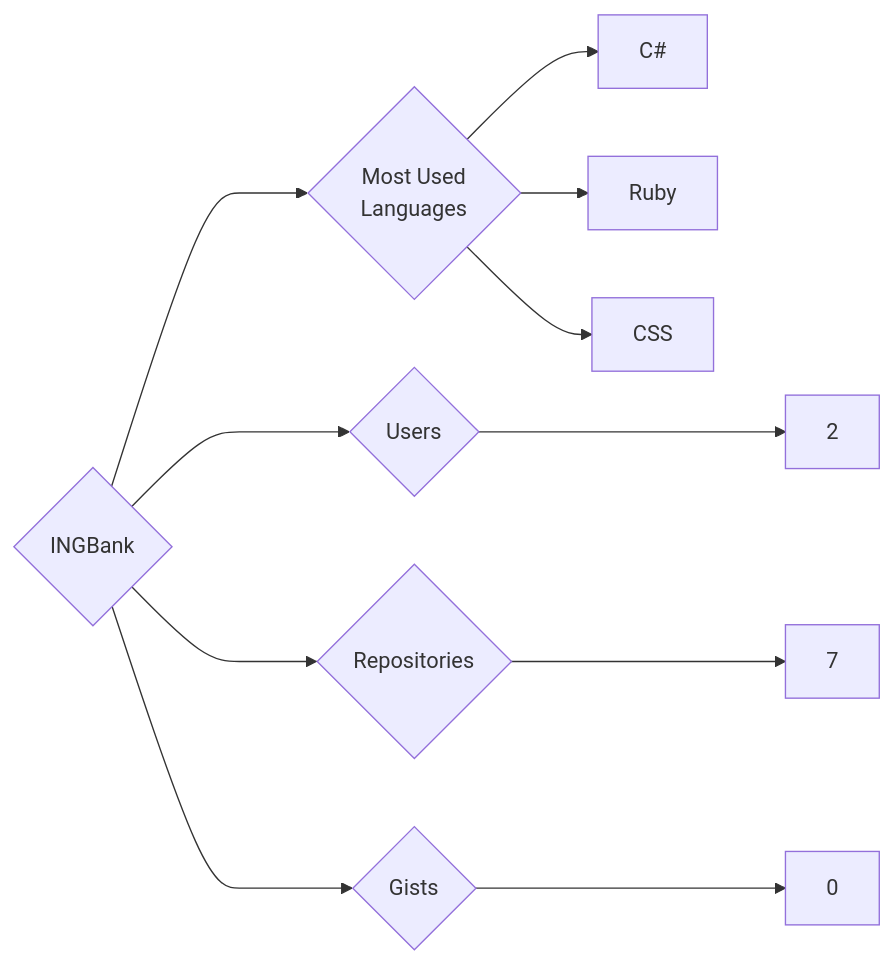
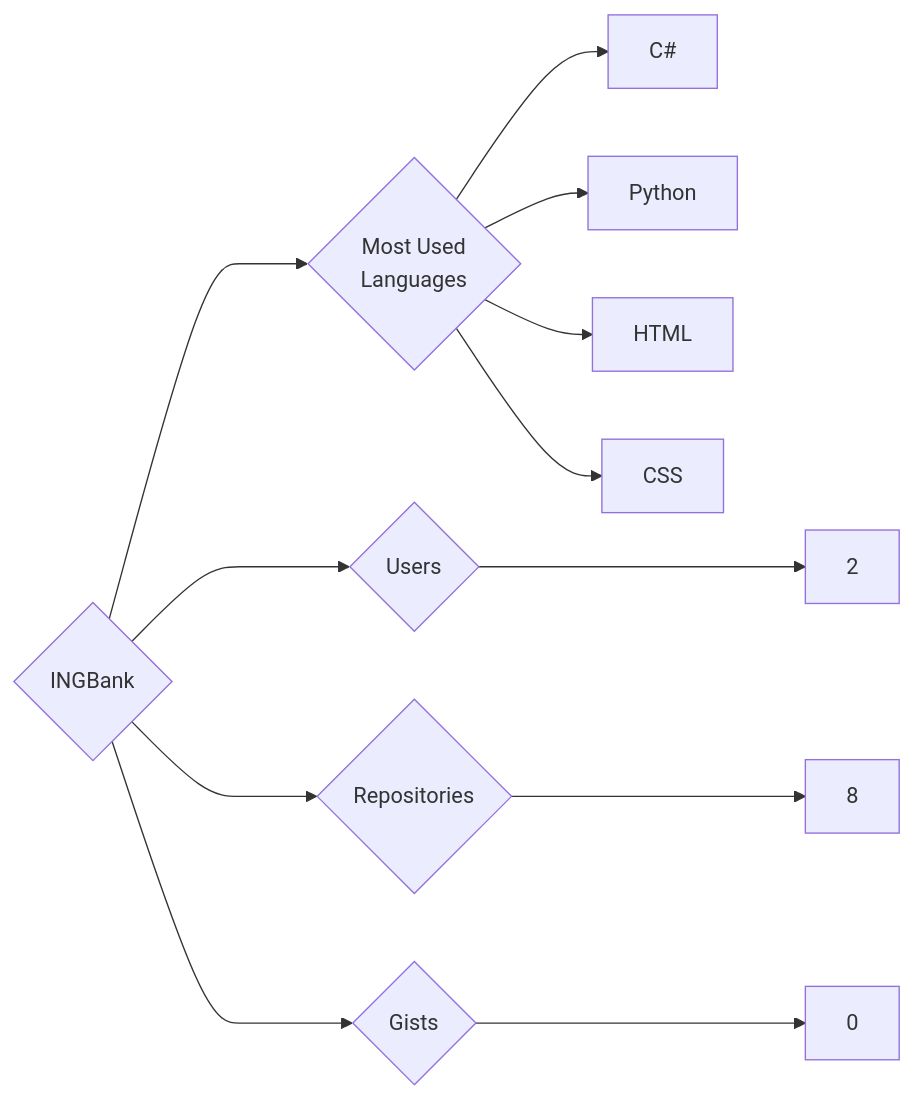
The diagram in targets/INGBank/README.md (trickest/insiders), drawn with Mermaid before and after one commit. The commit also changed 775 other files, not shown here.

````diff
--- a/targets/INGBank/README.md
+++ b/targets/INGBank/README.md
@@ -3,11 +3,12 @@
 ```mermaid
 graph LR
 COMPANY_NAME{INGBank}
 COMPANY_NAME ---> U{Users} ---> UN[2]
-COMPANY_NAME ---> R{Repositories} ---> RN[7]
+COMPANY_NAME ---> R{Repositories} ---> RN[8]
 COMPANY_NAME ---> G{Gists} ---> GN[0]
 COMPANY_NAME ---> ML{Most Used<br>Languages}
 ML --> C#[C#]
-ML --> Ruby[Ruby]
+ML --> Python[Python]
+ML --> HTML[HTML]
 ML --> CSS[CSS]
 ```
````
